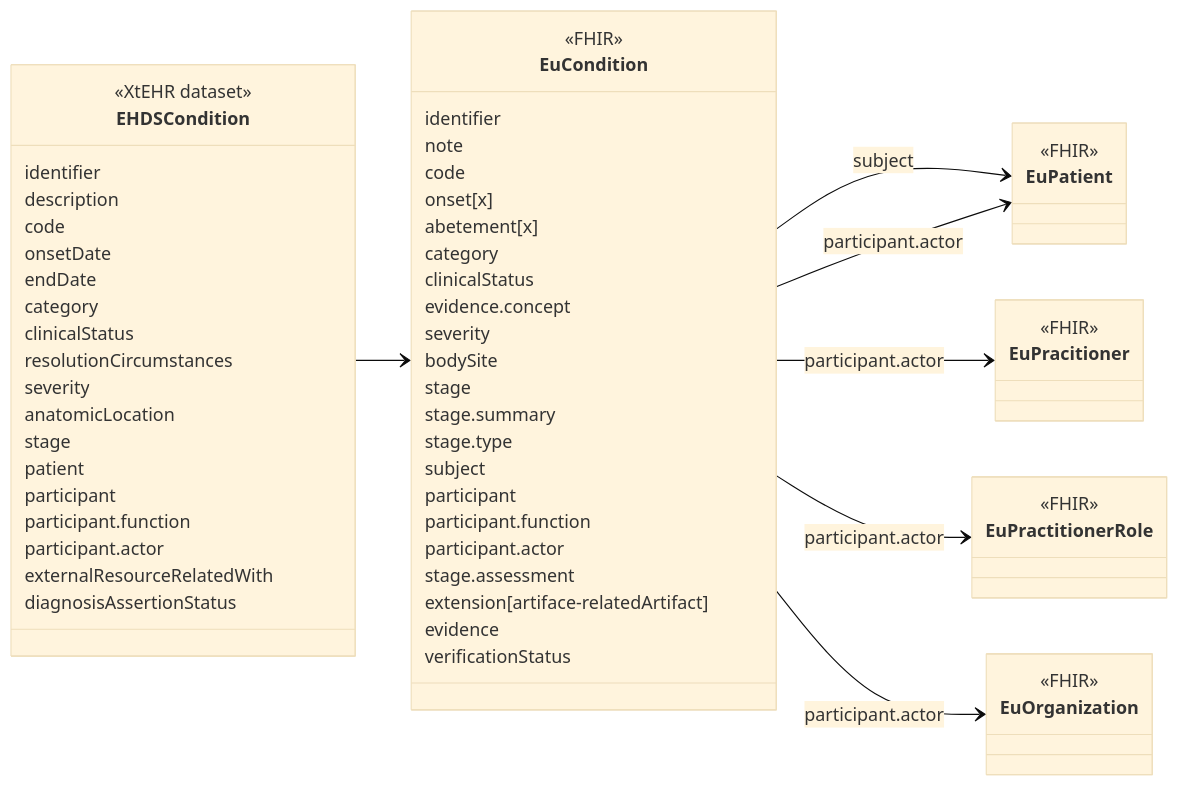
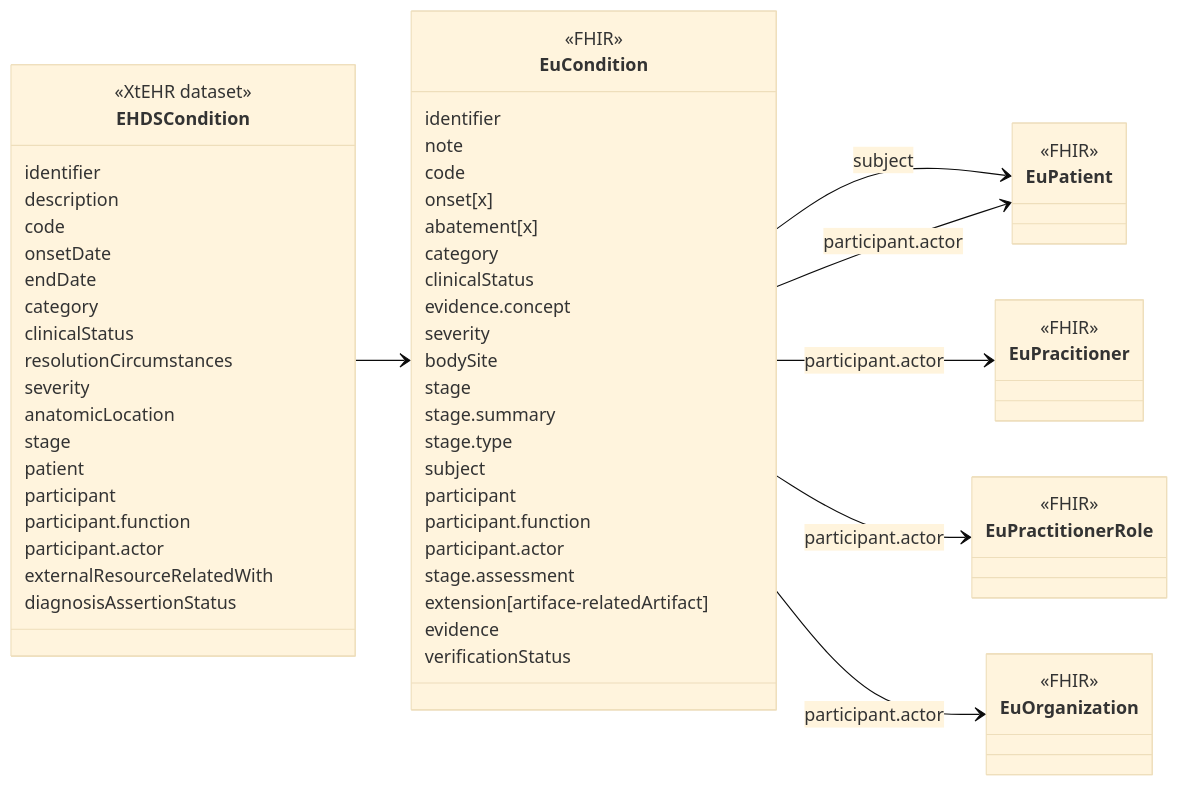
The diagram in input/intro-notes/ConceptMap-EHDSConditionMap-intro.md (oijauregui/ehdsimaging), drawn with Mermaid (base theme) before and after one commit. The commit also changed 23 other files, not shown here.

````diff
--- a/input/intro-notes/ConceptMap-EHDSConditionMap-intro.md
+++ b/input/intro-notes/ConceptMap-EHDSConditionMap-intro.md
@@ -5,71 +5,71 @@
 ```mermaid
 classDiagram
 direction LR
 class EHDSCondition {
   <<XtEHR dataset>>
   identifier
   description
   code
   onsetDate
   endDate
   category
   clinicalStatus
   resolutionCircumstances
   severity
   anatomicLocation
   stage
   patient
   participant
   participant.function
   participant.actor
   externalResourceRelatedWith
   diagnosisAssertionStatus
 }
 link EHDSCondition "https://build.fhir.org/ig/Xt-EHR/xt-ehr-common/StructureDefinition-EHDSCondition.html"
 class EuCondition{
   <<FHIR>>
   identifier
   note
   code
   onset[x]
-  abetement[x]
+  abatement[x]
   category
   clinicalStatus
   evidence.concept
   severity
   bodySite
   stage
   stage.summary
   stage.type
   subject
   participant
   participant.function
   participant.actor
   stage.assessment
   extension[artiface-relatedArtifact]
   evidence
   verificationStatus
 }
 
 class EuPatient {
   <<FHIR>>
 }
 class EuPracitioner {
   <<FHIR>>
 }
 class  EuPractitionerRole {
   <<FHIR>>
 }
 class  EuPatient {
   <<FHIR>>
 }
 class  EuOrganization {
   <<FHIR>>
 }
 EHDSCondition --> EuCondition
 EuCondition --> EuPatient : subject
 EuCondition --> EuPracitioner : participant.actor
 EuCondition -->  EuPractitionerRole : participant.actor
 EuCondition -->  EuPatient : participant.actor
 EuCondition -->  EuOrganization : participant.actor
 ```
````
